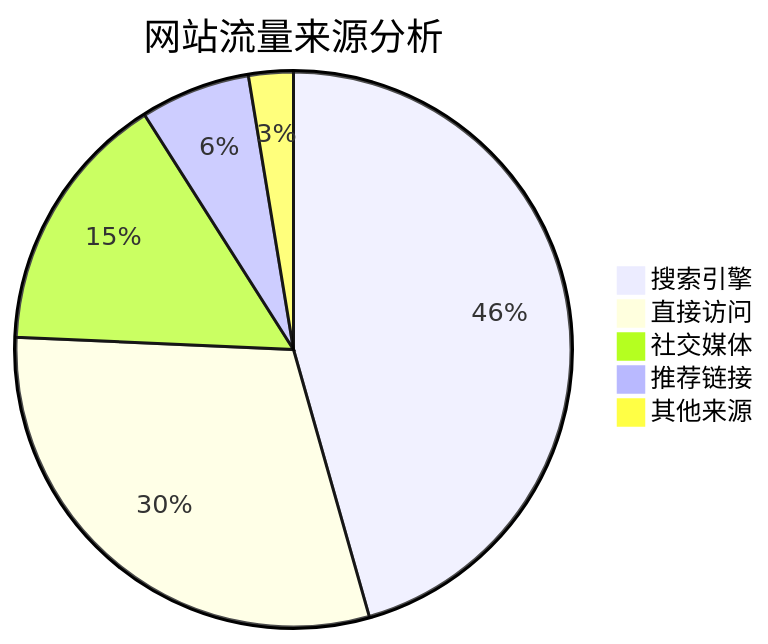
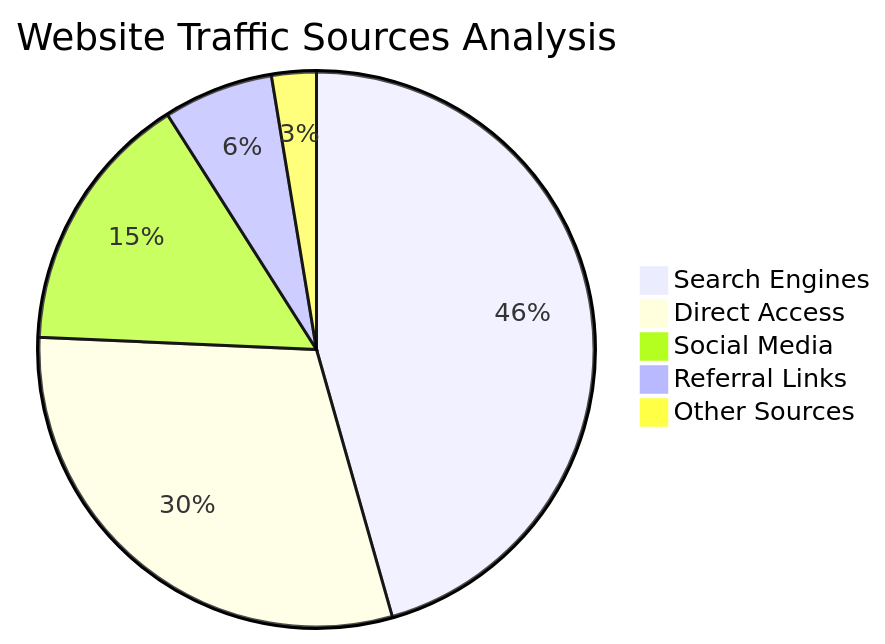
One commit to Erym03/lacorteblu.github.io changed the sixth of 6 diagrams in src/content/posts/markdown-mermaid.md. Above: the diagram before and after it, drawn with Mermaid. The commit also changed other lines of this file and 572 other files, not shown here.

````diff
--- a/src/content/posts/markdown-mermaid.md
+++ b/src/content/posts/markdown-mermaid.md
@@ -177,8 +177,8 @@
 ```mermaid
-pie title 网站流量来源分析
-    "搜索引擎" : 45.6
-    "直接访问" : 30.1
-    "社交媒体" : 15.3
-    "推荐链接" : 6.4
-    "其他来源" : 2.6
+pie title Website Traffic Sources Analysis
+    "Search Engines" : 45.6
+    "Direct Access" : 30.1
+    "Social Media" : 15.3
+    "Referral Links" : 6.4
+    "Other Sources" : 2.6
 ```
````
